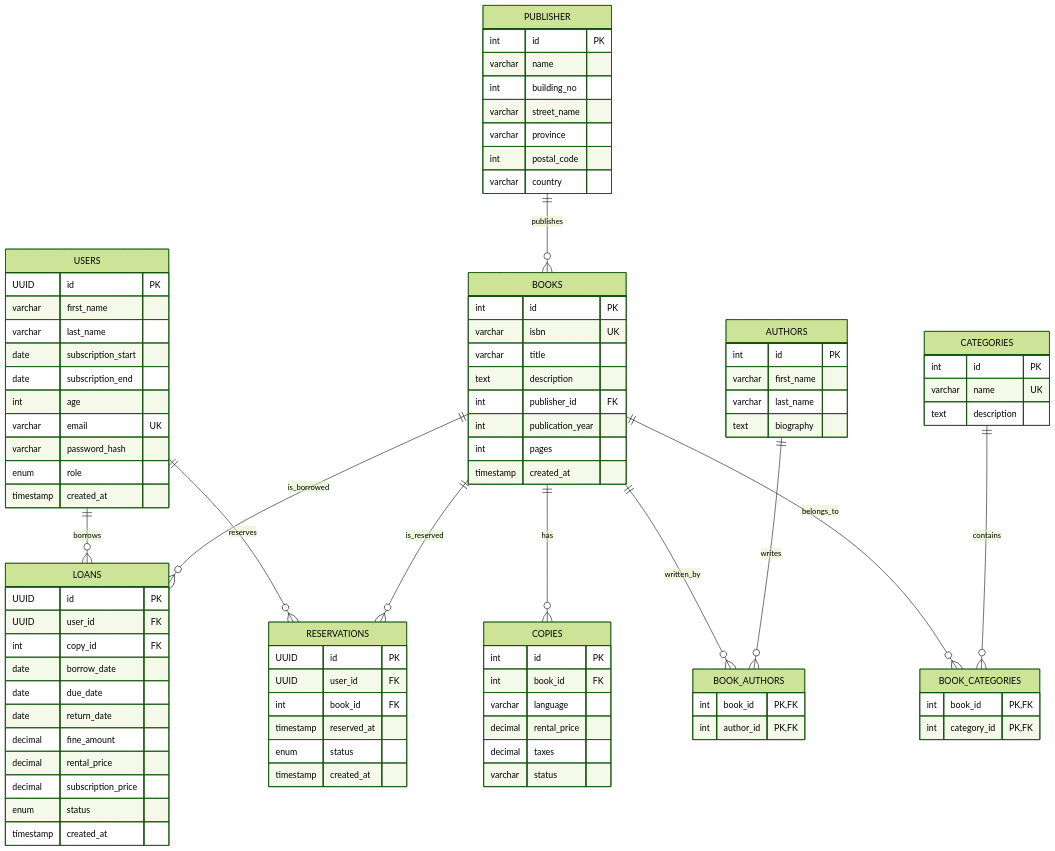
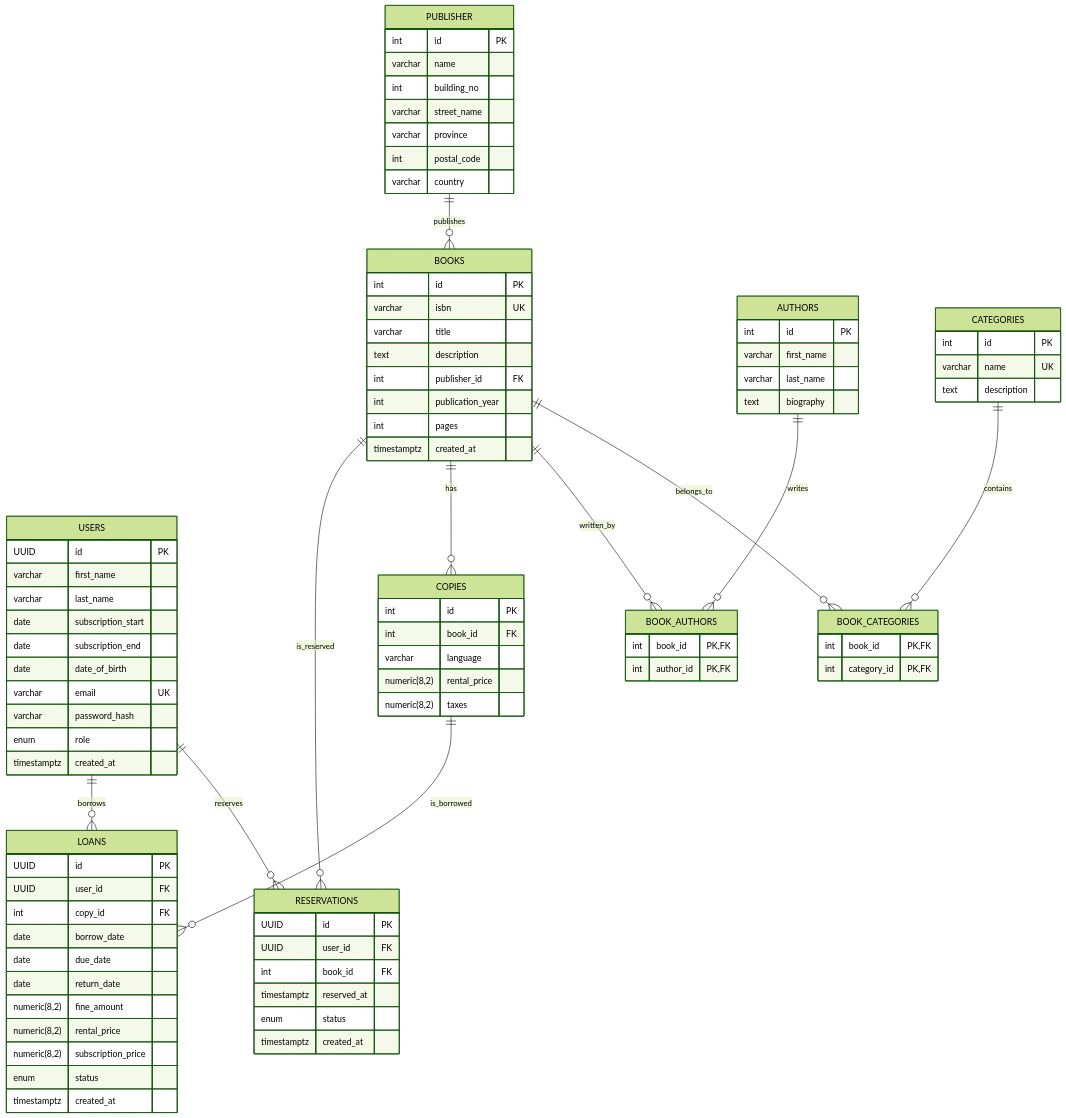
Before and after one commit to medo458/DBMS_PROJECT_2026_ASU: the diagram in README.md, drawn with Mermaid (forest theme). The commit also changed other lines of this file, not shown here.

Commit message:
Revise loans tracking and database schema details
Updated README to reflect changes in loans tracking, data integrity, and database schema.

```diff
--- a/README.md
+++ b/README.md
@@ -22,7 +22,7 @@
     USERS ||--o{ LOANS : "borrows"
     USERS ||--o{ RESERVATIONS : "reserves"
     PUBLISHER ||--o{ BOOKS : "publishes"
-    BOOKS ||--o{ LOANS : "is_borrowed"
+    COPIES ||--o{ LOANS : "is_borrowed"
     BOOKS ||--o{ RESERVATIONS : "is_reserved"
     BOOKS ||--o{ COPIES : "has"
     BOOKS ||--o{ BOOK_AUTHORS : "written_by"
@@ -36,11 +36,11 @@
         varchar last_name
         date subscription_start
         date subscription_end
-        int age
+        date date_of_birth
         varchar email UK
         varchar password_hash
         enum role
-        timestamp created_at
+        timestamptz created_at
     }
 
     BOOKS {
@@ -51,16 +51,15 @@
         int publisher_id FK
         int publication_year
         int pages
-        timestamp created_at
+        timestamptz created_at
     }
 
     COPIES {
         int id PK
         int book_id FK
         varchar language
-        decimal rental_price
-        decimal taxes
-        varchar status
+        numeric(8,2) rental_price
+        numeric(8,2) taxes
     }
 
     AUTHORS {
@@ -93,20 +92,20 @@
         date borrow_date
         date due_date
         date return_date
-        decimal fine_amount
-        decimal rental_price
-        decimal subscription_price
+        numeric(8,2) fine_amount
+        numeric(8,2) rental_price
+        numeric(8,2) subscription_price
         enum status
-        timestamp created_at
+        timestamptz created_at
     }
 
     RESERVATIONS {
         UUID id PK
         UUID user_id FK
         int book_id FK
-        timestamp reserved_at
+        timestamptz reserved_at
         enum status
-        timestamp created_at
+        timestamptz created_at
     }
 
     PUBLISHER {
```
